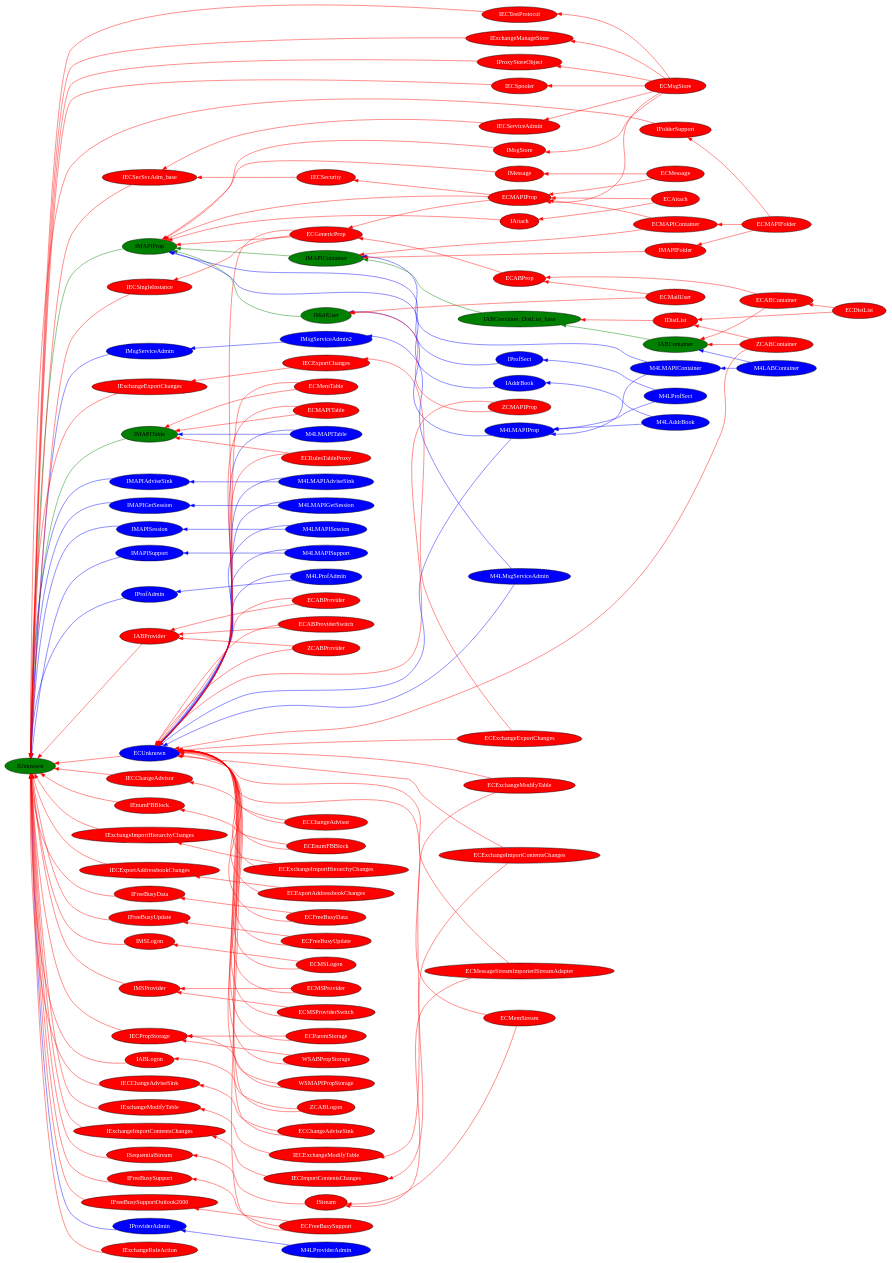
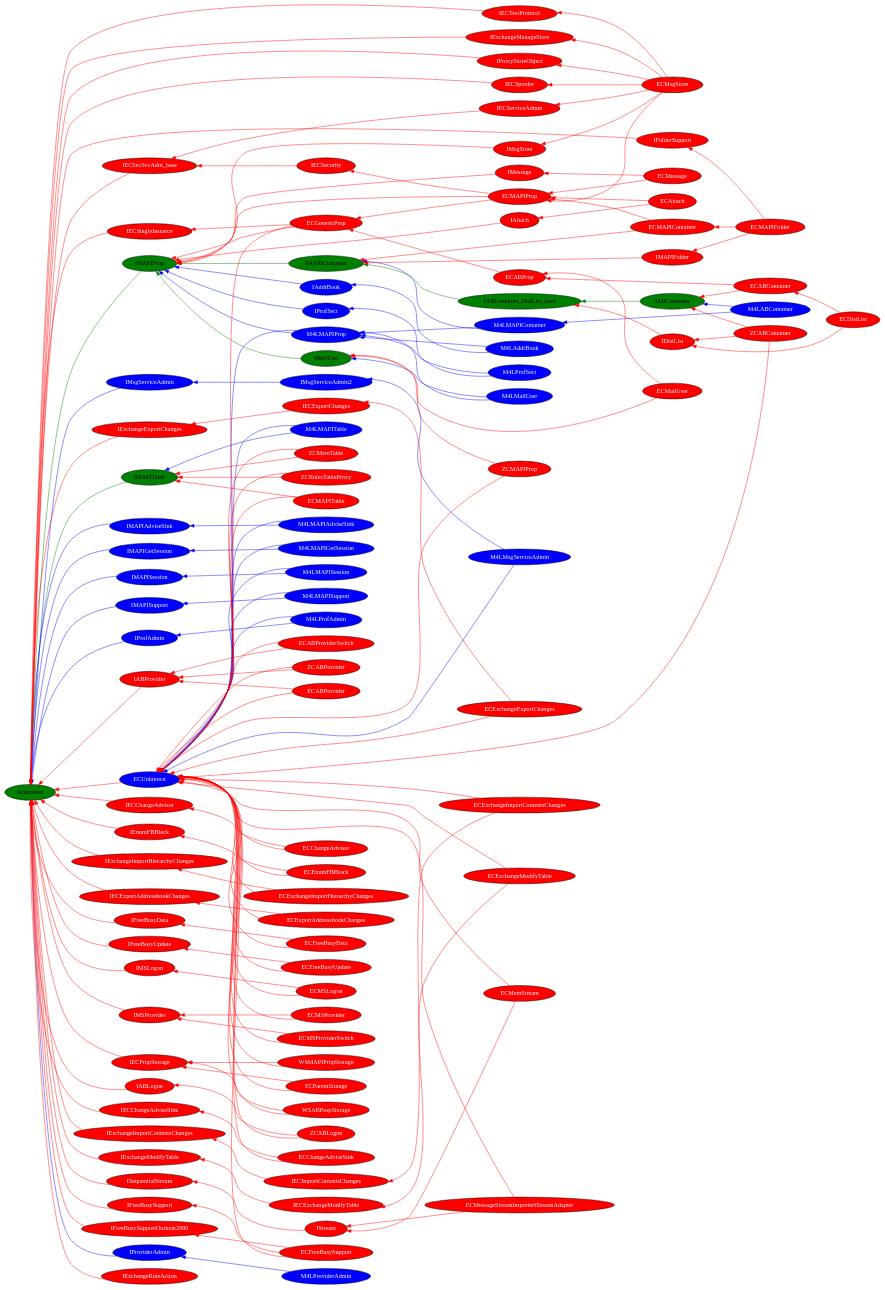
The diagram in doc/classes.gv (Kopano-dev/kopano-core), drawn with Graphviz before and after one commit. The commit also changed 3 other files, not shown here.

```diff
--- a/doc/classes.gv
+++ b/doc/classes.gv
@@ -1,181 +1,183 @@
 /* Interface classes used in provider/client/ */
 digraph {
 	rankdir=RL;
 	node [style=filled,fillcolor=green];
 	edge [color="#008000"];
 	IABContainer -> IABContainer_DistList_base;
 	IABContainer_DistList_base -> IMAPIContainer;
 	IMAPIContainer -> IMAPIProp;
 	IMAPIProp -> IUnknown;
 	IMAPITable -> IUnknown;
 	IMailUser -> IMAPIProp;
 	IUnknown;
 
 	node [fillcolor=blue,fontcolor=white];
 	edge [color=blue];
 	IAddrBook -> IMAPIProp;
 	IMAPIAdviseSink -> IUnknown;
 	IMAPIGetSession -> IUnknown;
 	IMAPISession -> IUnknown;
 	IMAPISupport -> IUnknown;
 	IMsgServiceAdmin -> IUnknown;
 	IMsgServiceAdmin2 -> IMsgServiceAdmin;
 	IProfAdmin -> IUnknown;
 	IProfSect -> IMAPIProp;
 	IProviderAdmin -> IUnknown;
 	M4LABContainer -> IABContainer;
 	M4LABContainer -> M4LMAPIContainer;
 	M4LAddrBook -> IAddrBook;
 	M4LAddrBook -> M4LMAPIProp;
 	M4LMAPIAdviseSink -> IMAPIAdviseSink;
 	M4LMAPIAdviseSink -> ECUnknown;
 	M4LMAPIContainer -> IMAPIContainer;
 	M4LMAPIContainer -> M4LMAPIProp;
 	M4LMAPIGetSession -> IMAPIGetSession;
 	M4LMAPIGetSession -> ECUnknown;
-	M4LMAPIProp -> IMailUser;
 	M4LMAPIProp -> ECUnknown;
+	M4LMAPIProp -> IMAPIProp;
 	M4LMAPISession -> IMAPISession;
 	M4LMAPISession -> ECUnknown;
 	M4LMAPISupport -> IMAPISupport;
 	M4LMAPISupport -> ECUnknown;
 	M4LMAPITable -> IMAPITable;
 	M4LMAPITable -> ECUnknown;
+	M4LMailUser -> IMailUser;
+	M4LMailUser -> M4LMAPIProp;
 	M4LMsgServiceAdmin -> IMsgServiceAdmin2;
 	M4LMsgServiceAdmin -> ECUnknown;
 	M4LProfAdmin -> IProfAdmin;
 	M4LProfAdmin -> ECUnknown;
 	M4LProfSect -> IProfSect;
 	M4LProfSect -> M4LMAPIProp;
 	M4LProviderAdmin -> IProviderAdmin;
 
 	node [fillcolor=red,fontcolor=white];
 	edge [color=red];
 	ECABContainer -> ECABProp;
 	ECABContainer -> IABContainer;
 	ECABProp -> ECGenericProp;
 	ECABProvider -> ECUnknown;
 	ECABProvider -> IABProvider;
 	ECABProviderSwitch -> ECUnknown;
 	ECABProviderSwitch -> IABProvider;
 	ECAttach -> ECMAPIProp;
 	ECAttach -> IAttach;
 	ECChangeAdvisor -> ECUnknown;
 	ECChangeAdvisor -> IECChangeAdvisor;
 	ECDistList -> ECABContainer;
 	ECDistList -> IDistList;
 	ECEnumFBBlock -> ECUnknown;
 	ECEnumFBBlock -> IEnumFBBlock;
 	ECExchangeExportChanges -> ECUnknown;
 	ECExchangeExportChanges -> IECExportChanges;
 	ECExchangeImportContentsChanges -> ECUnknown;
 	ECExchangeImportContentsChanges -> IECImportContentsChanges;
 	ECExchangeImportHierarchyChanges -> ECUnknown;
 	ECExchangeImportHierarchyChanges -> IExchangeImportHierarchyChanges;
 	ECExchangeModifyTable -> ECUnknown;
 	ECExchangeModifyTable -> IECExchangeModifyTable;
 	ECExportAddressbookChanges -> ECUnknown;
 	ECExportAddressbookChanges -> IECExportAddressbookChanges;
 	ECFreeBusyData -> ECUnknown;
 	ECFreeBusyData -> IFreeBusyData;
 	ECFreeBusySupport -> ECUnknown;
 	ECFreeBusySupport -> IFreeBusySupport;
 	ECFreeBusySupport -> IFreeBusySupportOutlook2000;
 	ECFreeBusyUpdate -> ECUnknown;
 	ECFreeBusyUpdate -> IFreeBusyUpdate;
 	ECGenericProp -> ECUnknown;
 	ECGenericProp -> IECSingleInstance;
 	ECGenericProp -> IMAPIProp;
 	ECMAPIContainer -> ECMAPIProp;
 	ECMAPIContainer -> IMAPIContainer;
 	ECMAPIFolder -> ECMAPIContainer;
 	ECMAPIFolder -> IFolderSupport;
 	ECMAPIFolder -> IMAPIFolder;
 	ECMAPIProp -> ECGenericProp;
 	ECMAPIProp -> IECSecurity;
 	ECMAPIProp -> IMAPIProp;
 	ECMAPITable -> ECUnknown;
 	ECMAPITable -> IMAPITable;
 	ECMSLogon -> ECUnknown;
 	ECMSLogon -> IMSLogon;
 	ECMSProvider -> ECUnknown;
 	ECMSProvider -> IMSProvider;
 	ECMSProviderSwitch -> ECUnknown;
 	ECMSProviderSwitch -> IMSProvider;
 	ECMailUser -> ECABProp;
 	ECMailUser -> IMailUser;
 	ECMemStream -> ECUnknown;
 	ECMemStream -> IStream;
 	ECMemTable -> ECUnknown;
 	ECMemTable -> IMAPITable;
 	ECMessage -> ECMAPIProp;
 	ECMessage -> IMessage;
 	ECMessageStreamImporterIStreamAdapter -> ECUnknown;
 	ECMessageStreamImporterIStreamAdapter -> IStream;
 	ECMsgStore -> ECMAPIProp;
 	ECMsgStore -> IECServiceAdmin;
 	ECMsgStore -> IECSpooler;
 	ECMsgStore -> IECTestProtocol;
 	ECMsgStore -> IExchangeManageStore;
 	ECMsgStore -> IMsgStore;
 	ECMsgStore -> IProxyStoreObject;
 	ECParentStorage -> ECUnknown;
 	ECParentStorage -> IECPropStorage;
 	ECRulesTableProxy -> ECUnknown;
 	ECRulesTableProxy -> IMAPITable;
 	ECUnknown -> IUnknown;
 	IABProvider -> IUnknown;
 	IAttach -> IMAPIProp;
 	IDistList -> IABContainer_DistList_base;
 	IECChangeAdvisor -> IUnknown;
 	IECExchangeModifyTable -> IExchangeModifyTable;
 	IECExportAddressbookChanges -> IUnknown;
 	IECExportChanges -> IExchangeExportChanges;
 	IECImportContentsChanges -> IExchangeImportContentsChanges;
 	IECPropStorage -> IUnknown;
 	IECSecSvcAdm_base -> IUnknown;
 	IECSecurity -> IECSecSvcAdm_base;
 	IECServiceAdmin -> IECSecSvcAdm_base;
 	IECSingleInstance -> IUnknown;
 	IECSpooler -> IUnknown;
 	IECTestProtocol -> IUnknown;
 	IEnumFBBlock -> IUnknown;
 	IExchangeExportChanges -> IUnknown;
 	IExchangeImportContentsChanges -> IUnknown;
 	IExchangeImportHierarchyChanges -> IUnknown;
 	IExchangeManageStore -> IUnknown;
 	IExchangeModifyTable -> IUnknown;
 	IExchangeRuleAction -> IUnknown;
 	IFolderSupport -> IUnknown;
 	IFreeBusyData -> IUnknown;
 	IFreeBusySupport -> IUnknown;
 	IFreeBusySupportOutlook2000 -> IUnknown;
 	IFreeBusyUpdate -> IUnknown;
 	IMAPIFolder -> IMAPIContainer;
 	IMSLogon -> IUnknown;
 	IMSProvider -> IUnknown;
 	IMessage -> IMAPIProp;
 	IMsgStore -> IMAPIProp;
 	IProxyStoreObject -> IUnknown;
 	ISequentialStream -> IUnknown;
 	IStream -> ISequentialStream;
 	WSABPropStorage -> ECUnknown;
 	WSABPropStorage -> IECPropStorage;
 	WSMAPIPropStorage -> ECUnknown;
 	WSMAPIPropStorage -> IECPropStorage;
 
 	IABLogon -> IUnknown;
 	ZCABContainer -> ECUnknown;
 	ZCABContainer -> IABContainer;
 	ZCABContainer -> IDistList;
 	ZCABLogon -> ECUnknown;
 	ZCABLogon -> IABLogon;
 	ZCABProvider -> ECUnknown;
 	ZCABProvider -> IABProvider;
 	ZCMAPIProp -> ECUnknown;
 	ZCMAPIProp -> IMailUser;
 
 	ECChangeAdviseSink -> ECUnknown;
 	ECChangeAdviseSink -> IECChangeAdviseSink;
 	IECChangeAdviseSink -> IUnknown;
 }
```
